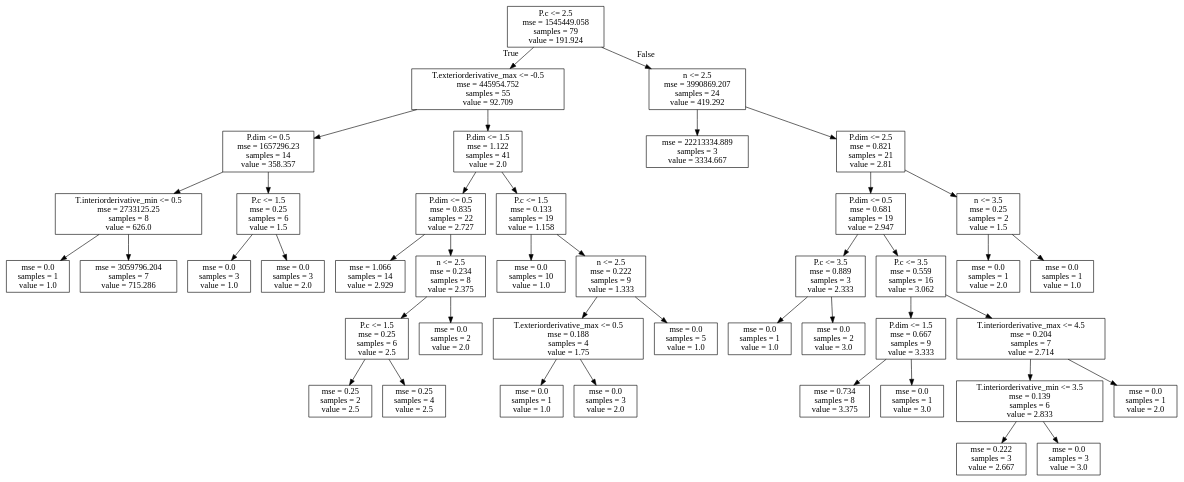
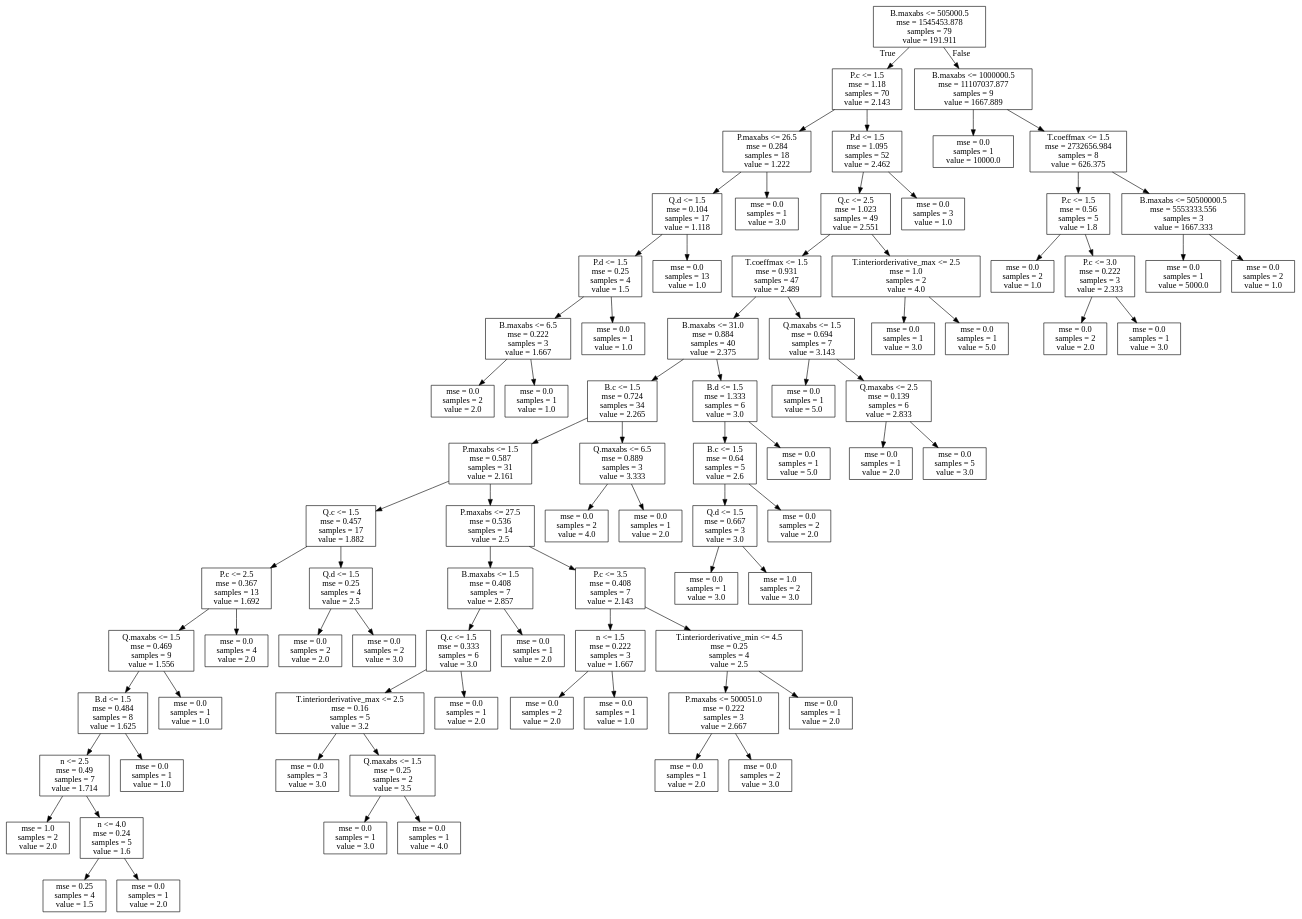
The diagram in src/c_tree1.dot (Ashish720-alt/InvariantAutomation), drawn with Graphviz before and after one commit. The commit also changed 5 other files, not shown here.

```diff
--- a/src/c_tree1.dot
+++ b/src/c_tree1.dot
@@ -1,88 +1,164 @@
 digraph Tree {
 node [shape=box] ;
-0 [label="P.c <= 2.5\nmse = 1545449.058\nsamples = 79\nvalue = 191.924"] ;
-1 [label="T.exteriorderivative_max <= -0.5\nmse = 445954.752\nsamples = 55\nvalue = 92.709"] ;
+0 [label="B.maxabs <= 505000.5\nmse = 1545453.878\nsamples = 79\nvalue = 191.911"] ;
+1 [label="P.c <= 1.5\nmse = 1.18\nsamples = 70\nvalue = 2.143"] ;
 0 -> 1 [labeldistance=2.5, labelangle=45, headlabel="True"] ;
-2 [label="P.dim <= 0.5\nmse = 1657296.23\nsamples = 14\nvalue = 358.357"] ;
+2 [label="P.maxabs <= 26.5\nmse = 0.284\nsamples = 18\nvalue = 1.222"] ;
 1 -> 2 ;
-3 [label="T.interiorderivative_min <= 0.5\nmse = 2733125.25\nsamples = 8\nvalue = 626.0"] ;
+3 [label="Q.d <= 1.5\nmse = 0.104\nsamples = 17\nvalue = 1.118"] ;
 2 -> 3 ;
-4 [label="mse = 0.0\nsamples = 1\nvalue = 1.0"] ;
+4 [label="P.d <= 1.5\nmse = 0.25\nsamples = 4\nvalue = 1.5"] ;
 3 -> 4 ;
-5 [label="mse = 3059796.204\nsamples = 7\nvalue = 715.286"] ;
-3 -> 5 ;
-6 [label="P.c <= 1.5\nmse = 0.25\nsamples = 6\nvalue = 1.5"] ;
-2 -> 6 ;
-7 [label="mse = 0.0\nsamples = 3\nvalue = 1.0"] ;
-6 -> 7 ;
-8 [label="mse = 0.0\nsamples = 3\nvalue = 2.0"] ;
-6 -> 8 ;
-9 [label="P.dim <= 1.5\nmse = 1.122\nsamples = 41\nvalue = 2.0"] ;
-1 -> 9 ;
-10 [label="P.dim <= 0.5\nmse = 0.835\nsamples = 22\nvalue = 2.727"] ;
-9 -> 10 ;
-11 [label="mse = 1.066\nsamples = 14\nvalue = 2.929"] ;
-10 -> 11 ;
-12 [label="n <= 2.5\nmse = 0.234\nsamples = 8\nvalue = 2.375"] ;
-10 -> 12 ;
-13 [label="P.c <= 1.5\nmse = 0.25\nsamples = 6\nvalue = 2.5"] ;
+5 [label="B.maxabs <= 6.5\nmse = 0.222\nsamples = 3\nvalue = 1.667"] ;
+4 -> 5 ;
+6 [label="mse = 0.0\nsamples = 2\nvalue = 2.0"] ;
+5 -> 6 ;
+7 [label="mse = 0.0\nsamples = 1\nvalue = 1.0"] ;
+5 -> 7 ;
+8 [label="mse = 0.0\nsamples = 1\nvalue = 1.0"] ;
+4 -> 8 ;
+9 [label="mse = 0.0\nsamples = 13\nvalue = 1.0"] ;
+3 -> 9 ;
+10 [label="mse = 0.0\nsamples = 1\nvalue = 3.0"] ;
+2 -> 10 ;
+11 [label="P.d <= 1.5\nmse = 1.095\nsamples = 52\nvalue = 2.462"] ;
+1 -> 11 ;
+12 [label="Q.c <= 2.5\nmse = 1.023\nsamples = 49\nvalue = 2.551"] ;
+11 -> 12 ;
+13 [label="T.coeffmax <= 1.5\nmse = 0.931\nsamples = 47\nvalue = 2.489"] ;
 12 -> 13 ;
-14 [label="mse = 0.25\nsamples = 2\nvalue = 2.5"] ;
+14 [label="B.maxabs <= 31.0\nmse = 0.884\nsamples = 40\nvalue = 2.375"] ;
 13 -> 14 ;
-15 [label="mse = 0.25\nsamples = 4\nvalue = 2.5"] ;
-13 -> 15 ;
-16 [label="mse = 0.0\nsamples = 2\nvalue = 2.0"] ;
-12 -> 16 ;
-17 [label="P.c <= 1.5\nmse = 0.133\nsamples = 19\nvalue = 1.158"] ;
-9 -> 17 ;
-18 [label="mse = 0.0\nsamples = 10\nvalue = 1.0"] ;
+15 [label="B.c <= 1.5\nmse = 0.724\nsamples = 34\nvalue = 2.265"] ;
+14 -> 15 ;
+16 [label="P.maxabs <= 1.5\nmse = 0.587\nsamples = 31\nvalue = 2.161"] ;
+15 -> 16 ;
+17 [label="Q.c <= 1.5\nmse = 0.457\nsamples = 17\nvalue = 1.882"] ;
+16 -> 17 ;
+18 [label="P.c <= 2.5\nmse = 0.367\nsamples = 13\nvalue = 1.692"] ;
 17 -> 18 ;
-19 [label="n <= 2.5\nmse = 0.222\nsamples = 9\nvalue = 1.333"] ;
-17 -> 19 ;
-20 [label="T.exteriorderivative_max <= 0.5\nmse = 0.188\nsamples = 4\nvalue = 1.75"] ;
+19 [label="Q.maxabs <= 1.5\nmse = 0.469\nsamples = 9\nvalue = 1.556"] ;
+18 -> 19 ;
+20 [label="B.d <= 1.5\nmse = 0.484\nsamples = 8\nvalue = 1.625"] ;
 19 -> 20 ;
-21 [label="mse = 0.0\nsamples = 1\nvalue = 1.0"] ;
+21 [label="n <= 2.5\nmse = 0.49\nsamples = 7\nvalue = 1.714"] ;
 20 -> 21 ;
-22 [label="mse = 0.0\nsamples = 3\nvalue = 2.0"] ;
-20 -> 22 ;
-23 [label="mse = 0.0\nsamples = 5\nvalue = 1.0"] ;
-19 -> 23 ;
-24 [label="n <= 2.5\nmse = 3990869.207\nsamples = 24\nvalue = 419.292"] ;
-0 -> 24 [labeldistance=2.5, labelangle=-45, headlabel="False"] ;
-25 [label="mse = 22213334.889\nsamples = 3\nvalue = 3334.667"] ;
-24 -> 25 ;
-26 [label="P.dim <= 2.5\nmse = 0.821\nsamples = 21\nvalue = 2.81"] ;
-24 -> 26 ;
-27 [label="P.dim <= 0.5\nmse = 0.681\nsamples = 19\nvalue = 2.947"] ;
-26 -> 27 ;
-28 [label="P.c <= 3.5\nmse = 0.889\nsamples = 3\nvalue = 2.333"] ;
-27 -> 28 ;
-29 [label="mse = 0.0\nsamples = 1\nvalue = 1.0"] ;
-28 -> 29 ;
-30 [label="mse = 0.0\nsamples = 2\nvalue = 3.0"] ;
-28 -> 30 ;
-31 [label="P.c <= 3.5\nmse = 0.559\nsamples = 16\nvalue = 3.062"] ;
-27 -> 31 ;
-32 [label="P.dim <= 1.5\nmse = 0.667\nsamples = 9\nvalue = 3.333"] ;
-31 -> 32 ;
-33 [label="mse = 0.734\nsamples = 8\nvalue = 3.375"] ;
+22 [label="mse = 1.0\nsamples = 2\nvalue = 2.0"] ;
+21 -> 22 ;
+23 [label="n <= 4.0\nmse = 0.24\nsamples = 5\nvalue = 1.6"] ;
+21 -> 23 ;
+24 [label="mse = 0.25\nsamples = 4\nvalue = 1.5"] ;
+23 -> 24 ;
+25 [label="mse = 0.0\nsamples = 1\nvalue = 2.0"] ;
+23 -> 25 ;
+26 [label="mse = 0.0\nsamples = 1\nvalue = 1.0"] ;
+20 -> 26 ;
+27 [label="mse = 0.0\nsamples = 1\nvalue = 1.0"] ;
+19 -> 27 ;
+28 [label="mse = 0.0\nsamples = 4\nvalue = 2.0"] ;
+18 -> 28 ;
+29 [label="Q.d <= 1.5\nmse = 0.25\nsamples = 4\nvalue = 2.5"] ;
+17 -> 29 ;
+30 [label="mse = 0.0\nsamples = 2\nvalue = 2.0"] ;
+29 -> 30 ;
+31 [label="mse = 0.0\nsamples = 2\nvalue = 3.0"] ;
+29 -> 31 ;
+32 [label="P.maxabs <= 27.5\nmse = 0.536\nsamples = 14\nvalue = 2.5"] ;
+16 -> 32 ;
+33 [label="B.maxabs <= 1.5\nmse = 0.408\nsamples = 7\nvalue = 2.857"] ;
 32 -> 33 ;
-34 [label="mse = 0.0\nsamples = 1\nvalue = 3.0"] ;
-32 -> 34 ;
-35 [label="T.interiorderivative_max <= 4.5\nmse = 0.204\nsamples = 7\nvalue = 2.714"] ;
-31 -> 35 ;
-36 [label="T.interiorderivative_min <= 3.5\nmse = 0.139\nsamples = 6\nvalue = 2.833"] ;
+34 [label="Q.c <= 1.5\nmse = 0.333\nsamples = 6\nvalue = 3.0"] ;
+33 -> 34 ;
+35 [label="T.interiorderivative_max <= 2.5\nmse = 0.16\nsamples = 5\nvalue = 3.2"] ;
+34 -> 35 ;
+36 [label="mse = 0.0\nsamples = 3\nvalue = 3.0"] ;
 35 -> 36 ;
-37 [label="mse = 0.222\nsamples = 3\nvalue = 2.667"] ;
-36 -> 37 ;
-38 [label="mse = 0.0\nsamples = 3\nvalue = 3.0"] ;
-36 -> 38 ;
-39 [label="mse = 0.0\nsamples = 1\nvalue = 2.0"] ;
-35 -> 39 ;
-40 [label="n <= 3.5\nmse = 0.25\nsamples = 2\nvalue = 1.5"] ;
-26 -> 40 ;
+37 [label="Q.maxabs <= 1.5\nmse = 0.25\nsamples = 2\nvalue = 3.5"] ;
+35 -> 37 ;
+38 [label="mse = 0.0\nsamples = 1\nvalue = 3.0"] ;
+37 -> 38 ;
+39 [label="mse = 0.0\nsamples = 1\nvalue = 4.0"] ;
+37 -> 39 ;
+40 [label="mse = 0.0\nsamples = 1\nvalue = 2.0"] ;
+34 -> 40 ;
 41 [label="mse = 0.0\nsamples = 1\nvalue = 2.0"] ;
-40 -> 41 ;
-42 [label="mse = 0.0\nsamples = 1\nvalue = 1.0"] ;
-40 -> 42 ;
+33 -> 41 ;
+42 [label="P.c <= 3.5\nmse = 0.408\nsamples = 7\nvalue = 2.143"] ;
+32 -> 42 ;
+43 [label="n <= 1.5\nmse = 0.222\nsamples = 3\nvalue = 1.667"] ;
+42 -> 43 ;
+44 [label="mse = 0.0\nsamples = 2\nvalue = 2.0"] ;
+43 -> 44 ;
+45 [label="mse = 0.0\nsamples = 1\nvalue = 1.0"] ;
+43 -> 45 ;
+46 [label="T.interiorderivative_min <= 4.5\nmse = 0.25\nsamples = 4\nvalue = 2.5"] ;
+42 -> 46 ;
+47 [label="P.maxabs <= 500051.0\nmse = 0.222\nsamples = 3\nvalue = 2.667"] ;
+46 -> 47 ;
+48 [label="mse = 0.0\nsamples = 1\nvalue = 2.0"] ;
+47 -> 48 ;
+49 [label="mse = 0.0\nsamples = 2\nvalue = 3.0"] ;
+47 -> 49 ;
+50 [label="mse = 0.0\nsamples = 1\nvalue = 2.0"] ;
+46 -> 50 ;
+51 [label="Q.maxabs <= 6.5\nmse = 0.889\nsamples = 3\nvalue = 3.333"] ;
+15 -> 51 ;
+52 [label="mse = 0.0\nsamples = 2\nvalue = 4.0"] ;
+51 -> 52 ;
+53 [label="mse = 0.0\nsamples = 1\nvalue = 2.0"] ;
+51 -> 53 ;
+54 [label="B.d <= 1.5\nmse = 1.333\nsamples = 6\nvalue = 3.0"] ;
+14 -> 54 ;
+55 [label="B.c <= 1.5\nmse = 0.64\nsamples = 5\nvalue = 2.6"] ;
+54 -> 55 ;
+56 [label="Q.d <= 1.5\nmse = 0.667\nsamples = 3\nvalue = 3.0"] ;
+55 -> 56 ;
+57 [label="mse = 0.0\nsamples = 1\nvalue = 3.0"] ;
+56 -> 57 ;
+58 [label="mse = 1.0\nsamples = 2\nvalue = 3.0"] ;
+56 -> 58 ;
+59 [label="mse = 0.0\nsamples = 2\nvalue = 2.0"] ;
+55 -> 59 ;
+60 [label="mse = 0.0\nsamples = 1\nvalue = 5.0"] ;
+54 -> 60 ;
+61 [label="Q.maxabs <= 1.5\nmse = 0.694\nsamples = 7\nvalue = 3.143"] ;
+13 -> 61 ;
+62 [label="mse = 0.0\nsamples = 1\nvalue = 5.0"] ;
+61 -> 62 ;
+63 [label="Q.maxabs <= 2.5\nmse = 0.139\nsamples = 6\nvalue = 2.833"] ;
+61 -> 63 ;
+64 [label="mse = 0.0\nsamples = 1\nvalue = 2.0"] ;
+63 -> 64 ;
+65 [label="mse = 0.0\nsamples = 5\nvalue = 3.0"] ;
+63 -> 65 ;
+66 [label="T.interiorderivative_max <= 2.5\nmse = 1.0\nsamples = 2\nvalue = 4.0"] ;
+12 -> 66 ;
+67 [label="mse = 0.0\nsamples = 1\nvalue = 3.0"] ;
+66 -> 67 ;
+68 [label="mse = 0.0\nsamples = 1\nvalue = 5.0"] ;
+66 -> 68 ;
+69 [label="mse = 0.0\nsamples = 3\nvalue = 1.0"] ;
+11 -> 69 ;
+70 [label="B.maxabs <= 1000000.5\nmse = 11107037.877\nsamples = 9\nvalue = 1667.889"] ;
+0 -> 70 [labeldistance=2.5, labelangle=-45, headlabel="False"] ;
+71 [label="mse = 0.0\nsamples = 1\nvalue = 10000.0"] ;
+70 -> 71 ;
+72 [label="T.coeffmax <= 1.5\nmse = 2732656.984\nsamples = 8\nvalue = 626.375"] ;
+70 -> 72 ;
+73 [label="P.c <= 1.5\nmse = 0.56\nsamples = 5\nvalue = 1.8"] ;
+72 -> 73 ;
+74 [label="mse = 0.0\nsamples = 2\nvalue = 1.0"] ;
+73 -> 74 ;
+75 [label="P.c <= 3.0\nmse = 0.222\nsamples = 3\nvalue = 2.333"] ;
+73 -> 75 ;
+76 [label="mse = 0.0\nsamples = 2\nvalue = 2.0"] ;
+75 -> 76 ;
+77 [label="mse = 0.0\nsamples = 1\nvalue = 3.0"] ;
+75 -> 77 ;
+78 [label="B.maxabs <= 50500000.5\nmse = 5553333.556\nsamples = 3\nvalue = 1667.333"] ;
+72 -> 78 ;
+79 [label="mse = 0.0\nsamples = 1\nvalue = 5000.0"] ;
+78 -> 79 ;
+80 [label="mse = 0.0\nsamples = 2\nvalue = 1.0"] ;
+78 -> 80 ;
 }
```
